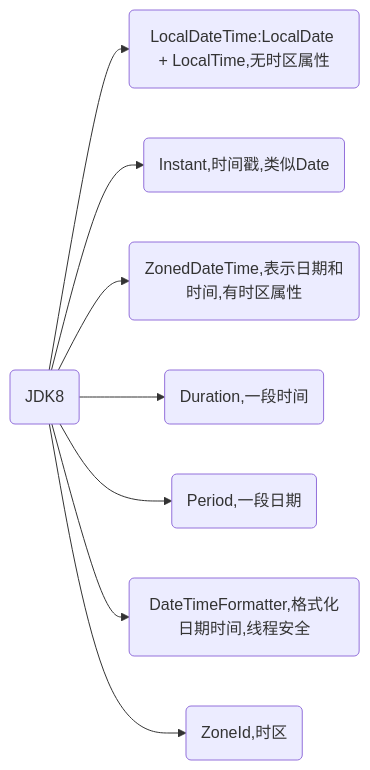
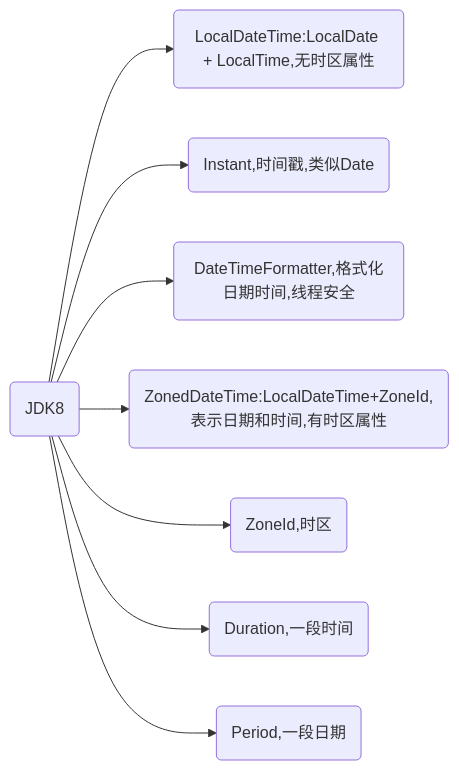
The diagram in _posts/2023-12-21-Java日期时间处理类.md (Wh0ami-hy/Wh0ami-hy.github.io), drawn with Mermaid before and after one commit. The commit also changed other lines of this file and 4 other files, not shown here.

````diff
--- a/_posts/2023-12-21-Java日期时间处理类.md
+++ b/_posts/2023-12-21-Java日期时间处理类.md
@@ -100,11 +113,10 @@
 ```mermaid
 graph LR
   A(JDK8) --> B(LocalDateTime:LocalDate + LocalTime,无时区属性)
   A --> C(Instant,时间戳,类似Date)
-  A --> D(ZonedDateTime,表示日期和时间,有时区属性)
+  A --> G(DateTimeFormatter,格式化日期时间,线程安全)
+  A --> D(ZonedDateTime:LocalDateTime+ZoneId,表示日期和时间,有时区属性)
+  A --> H(ZoneId,时区)
   A --> E(Duration,一段时间)
   A --> F(Period,一段日期)
-  A --> G(DateTimeFormatter,格式化日期时间,线程安全)
-  A --> H(ZoneId,时区)
-
 ```
````
